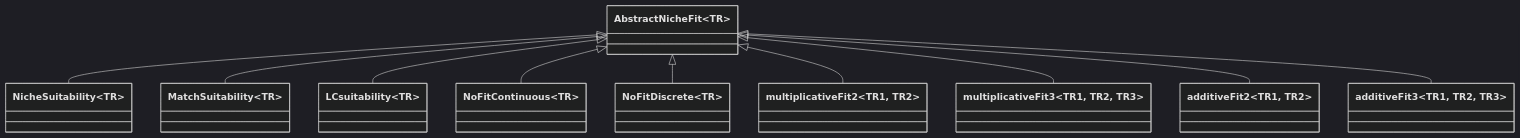
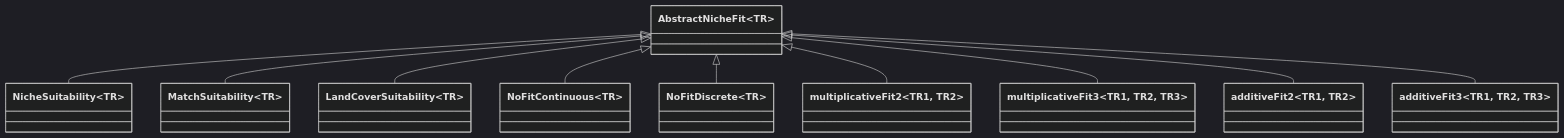
One commit to EcoJulia/EcoSISTEM.jl changed the sixth of 11 diagrams in docs/architecture.md. Above: the diagram before and after it, drawn with Mermaid (dark theme). The commit also changed other lines of this file and 46 other files, not shown here.

````diff
--- a/docs/architecture.md
+++ b/docs/architecture.md
@@ -174,22 +174,22 @@
 ```mermaid
 classDiagram
     class AbstractNicheFit~TR~
     class NicheSuitability~TR~
     class MatchSuitability~TR~
-    class LCsuitability~TR~
+    class LandCoverSuitability~TR~
     class NoFitContinuous~TR~
     class NoFitDiscrete~TR~
     class multiplicativeFit2~TR1, TR2~
     class multiplicativeFit3~TR1, TR2, TR3~
     class additiveFit2~TR1, TR2~
     class additiveFit3~TR1, TR2, TR3~
     AbstractNicheFit <|-- NicheSuitability
     AbstractNicheFit <|-- MatchSuitability
-    AbstractNicheFit <|-- LCsuitability
+    AbstractNicheFit <|-- LandCoverSuitability
     AbstractNicheFit <|-- NoFitContinuous
     AbstractNicheFit <|-- NoFitDiscrete
     AbstractNicheFit <|-- multiplicativeFit2
     AbstractNicheFit <|-- multiplicativeFit3
     AbstractNicheFit <|-- additiveFit2
     AbstractNicheFit <|-- additiveFit3
 ```
````
